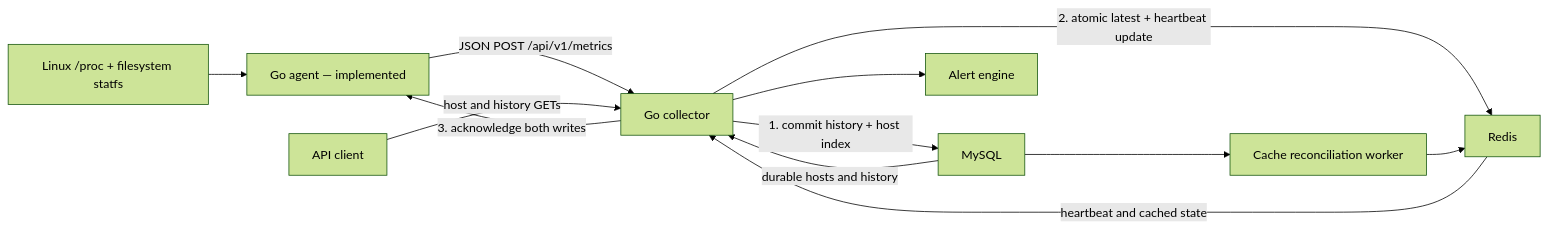
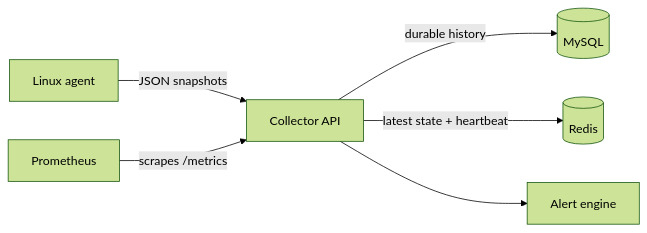
Before and after one commit to RaafidAfraazG/NodeWatch: the diagram in README.md, drawn with Mermaid (forest theme). The commit also changed other lines of this file, not shown here.

````diff
--- a/README.md
+++ b/README.md
@@ -59,14 +9,8 @@
 ```mermaid
 flowchart LR
-    Linux["Linux /proc + filesystem statfs"] --> Agent["Go agent — implemented"]
-    Agent -->|JSON POST /api/v1/metrics| Collector[Go collector]
-    Collector -->|1. commit history + host index| MySQL[MySQL]
-    Collector -->|2. atomic latest + heartbeat update| Redis[Redis]
-    Collector -->|3. acknowledge both writes| Agent
-    MySQL --> Reconciler[Cache reconciliation worker]
-    Reconciler --> Redis
-    Collector --> Alerts[Alert engine]
-    Client[API client] -->|host and history GETs| Collector
-    MySQL -->|durable hosts and history| Collector
-    Redis -->|heartbeat and cached state| Collector
+    A[Linux agent] -->|JSON snapshots| C[Collector API]
+    C -->|durable history| M[(MySQL)]
+    C -->|latest state + heartbeat| R[(Redis)]
+    C --> E[Alert engine]
+    P[Prometheus] -->|scrapes /metrics| C
 ```
````
